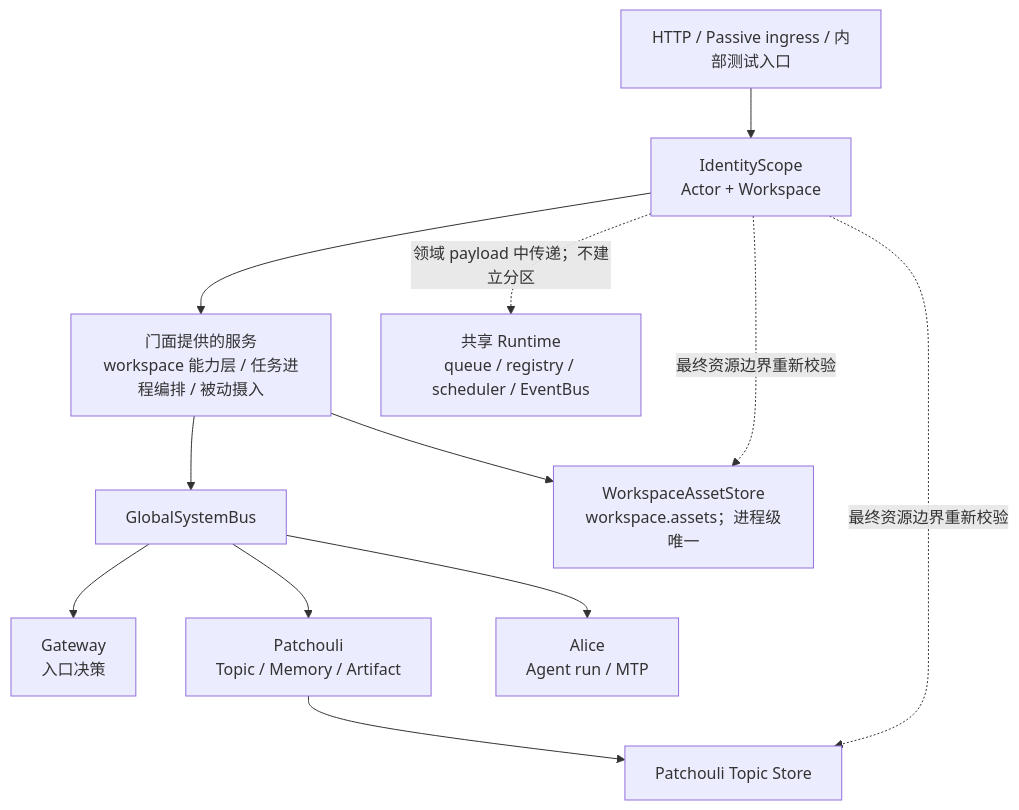
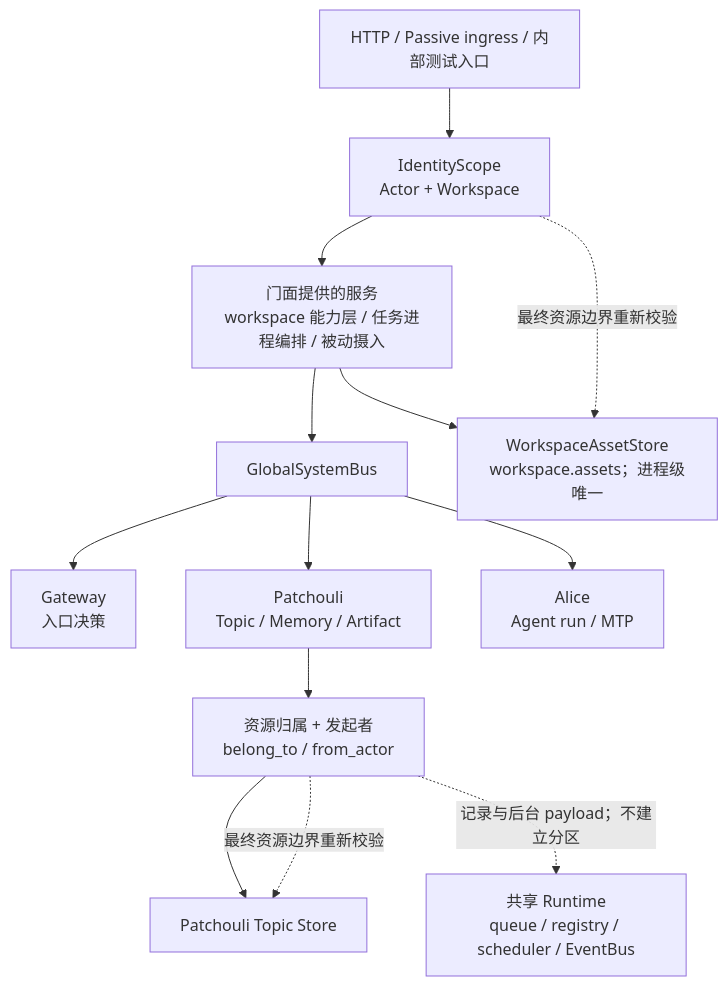
One commit to artemis03976/HiveMemory changed the diagram in docs/architecture/workspace.md. Above: the diagram before and after it, drawn with Mermaid. The commit also changed other lines of this file and 196 other files, not shown here.

````diff
--- a/docs/architecture/workspace.md
+++ b/docs/architecture/workspace.md
@@ -86,23 +87,24 @@
 ```mermaid
 flowchart TB
     IN["HTTP / Passive ingress / 内部测试入口"]
     SCOPE["IdentityScope\nActor + Workspace"]
     APP["门面提供的服务\nworkspace 能力层 / 任务进程编排 / 被动摄入"]
     BUS["GlobalSystemBus"]
     GW["Gateway\n入口决策"]
     PA["Patchouli\nTopic / Memory / Artifact"]
+    IDENTITY["资源归属 + 发起者\nbelong_to / from_actor"]
     AL["Alice\nAgent run / MTP"]
     TOPIC["Patchouli Topic Store"]
     ASSET["WorkspaceAssetStore\nworkspace.assets；进程级唯一"]
     SHARED["共享 Runtime\nqueue / registry / scheduler / EventBus"]
 
     IN --> SCOPE --> APP --> BUS
     BUS --> GW
     BUS --> PA
     BUS --> AL
-    PA --> TOPIC
+    PA --> IDENTITY --> TOPIC
     APP --> ASSET
-    SCOPE -. "最终资源边界重新校验" .-> TOPIC
+    IDENTITY -. "最终资源边界重新校验" .-> TOPIC
     SCOPE -. "最终资源边界重新校验" .-> ASSET
-    SCOPE -. "领域 payload 中传递；不建立分区" .-> SHARED
+    IDENTITY -. "记录与后台 payload；不建立分区" .-> SHARED
 ```
````
